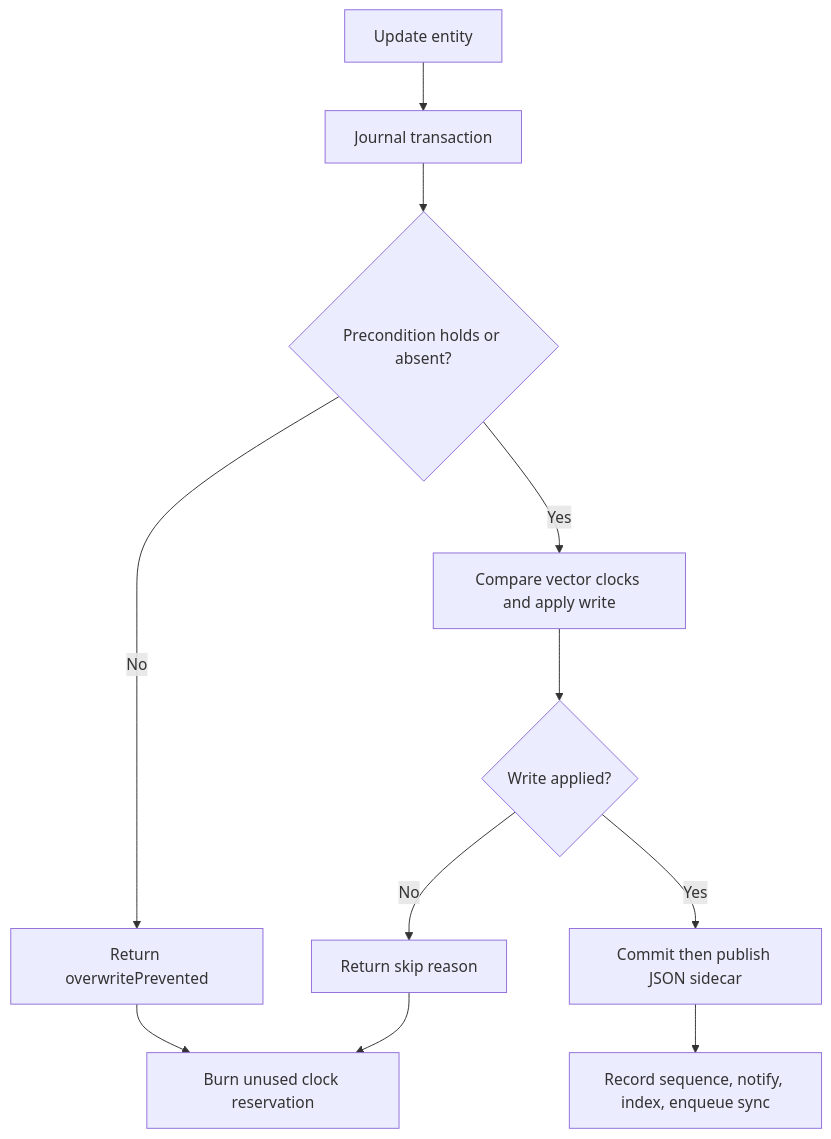
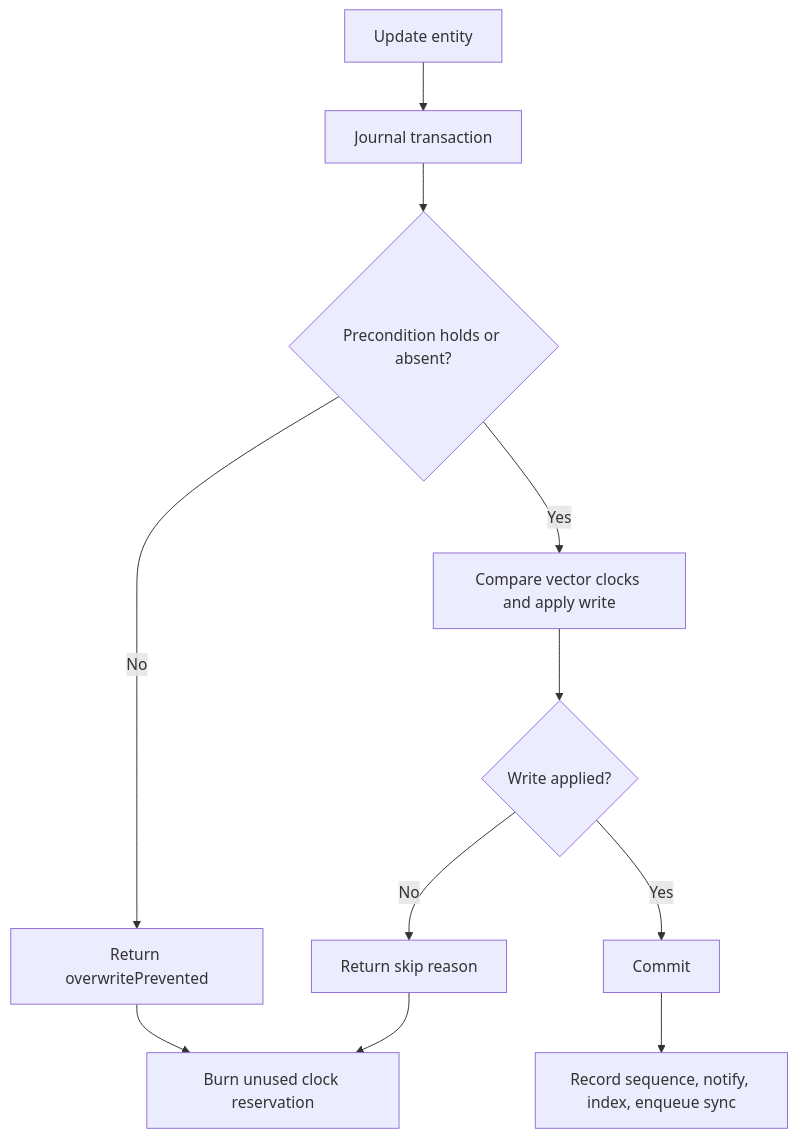
The third of 5 diagrams in knowledge/architecture/persistence.md (matthiasn/lotti), drawn with Mermaid before and after one commit. The commit also changed other lines of this file and 43 other files, not shown here.

````diff
--- a/knowledge/architecture/persistence.md
+++ b/knowledge/architecture/persistence.md
@@ -301,13 +301,13 @@
 ```mermaid
 flowchart TD
   Request[Update entity] --> Transaction[Journal transaction]
   Transaction --> Guard{Precondition holds or absent?}
   Guard -->|No| Refuse[Return overwritePrevented]
   Guard -->|Yes| Compare[Compare vector clocks and apply write]
   Compare --> Applied{Write applied?}
   Applied -->|No| RefuseWrite[Return skip reason]
-  Applied -->|Yes| Commit[Commit then publish JSON sidecar]
+  Applied -->|Yes| Commit[Commit]
   Refuse --> Burn[Burn unused clock reservation]
   RefuseWrite --> Burn
   Commit --> Publish[Record sequence, notify, index, enqueue sync]
 ```
````
